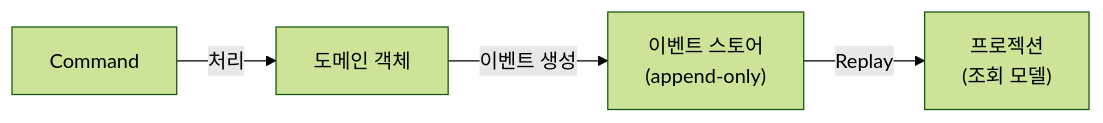
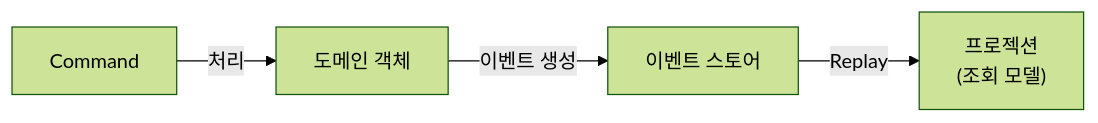
One commit to yjkim2015/yjkim2015.github.io changed the tenth of 15 diagrams in _posts/architecture/2026-05-02-msa-deep.md. Above: the diagram before and after it, drawn with Mermaid (forest theme). The commit also changed other lines of this file and 245 other files, not shown here.

First line of the commit message:
Mermaid 다이어그램 전면 수정 + 면접 포인트 접기/펼치기 + DB 데드락 페이지

````diff
--- a/_posts/architecture/2026-05-02-msa-deep.md
+++ b/_posts/architecture/2026-05-02-msa-deep.md
@@ -1057,6 +1057,6 @@
 ```mermaid
 graph LR
     Cmd["Command"] -->|처리| Domain["도메인 객체"]
-    Domain -->|이벤트 생성| Store["이벤트 스토어\n(append-only)"]
+    Domain -->|이벤트 생성| Store["이벤트 스토어"]
     Store -->|Replay| Proj["프로젝션\n(조회 모델)"]
 ```
````
